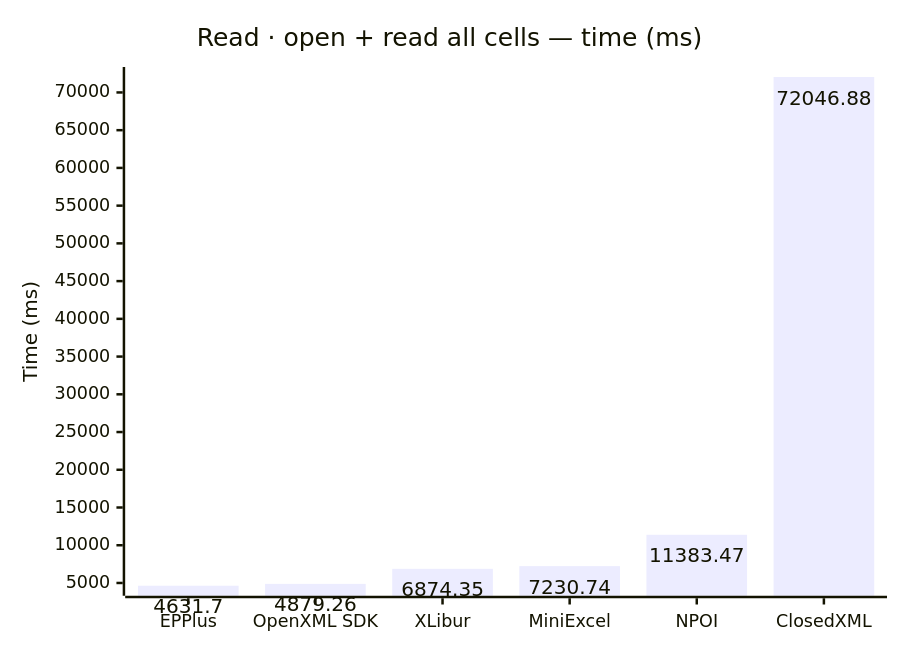
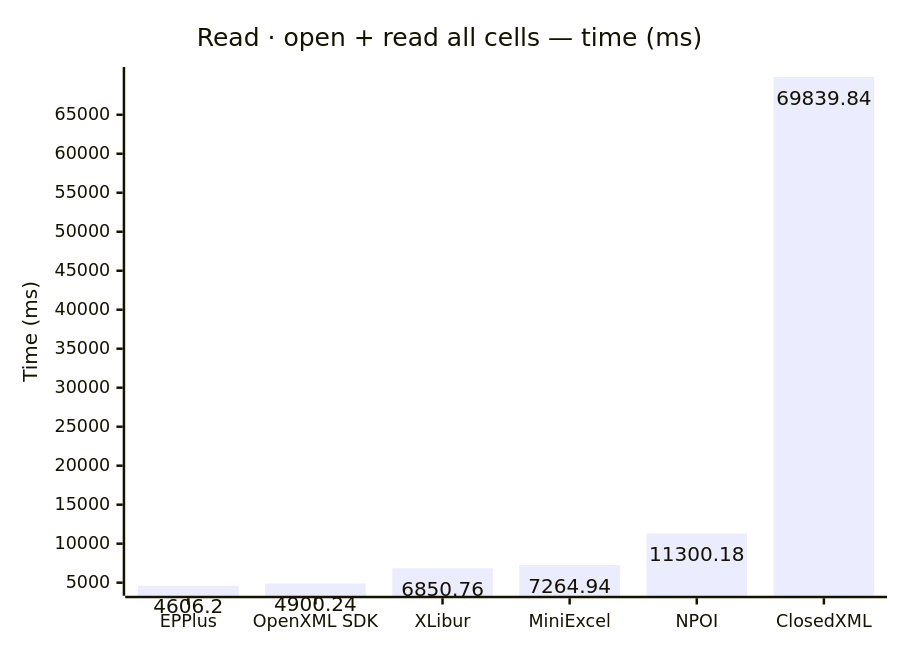
The third of 6 diagrams in docs/results.md (jafin/XLBench), drawn with Mermaid before and after one commit. The commit also changed other lines of this file and 3 other files, not shown here.

````diff
--- a/docs/results.md
+++ b/docs/results.md
@@ -59,12 +60,12 @@
 ```mermaid
 ---
 config:
   xyChart:
     showDataLabel: true
 ---
 xychart-beta
     title "Read · open + read all cells — time (ms)"
     x-axis ["EPPlus", "OpenXML SDK", "XLibur", "MiniExcel", "NPOI", "ClosedXML"]
     y-axis "Time (ms)"
-    bar [4631.7, 4879.26, 6874.35, 7230.74, 11383.47, 72046.88]
+    bar [4606.2, 4900.24, 6850.76, 7264.94, 11300.18, 69839.84]
 ```
````
